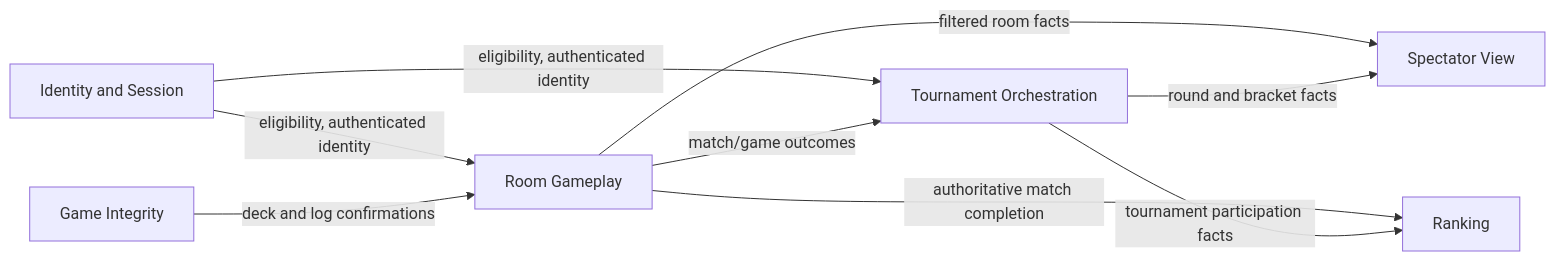
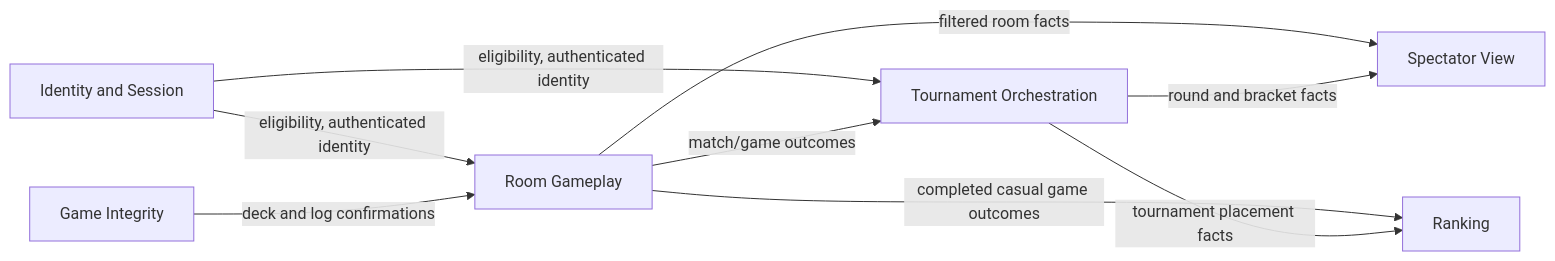
Before and after one commit to FSendot/uno-arena: the diagram in docs/02-bounded-contexts-and-context-map.md, drawn with Mermaid. The commit also changed other lines of this file and 8 other files, not shown here.

````diff
--- a/docs/02-bounded-contexts-and-context-map.md
+++ b/docs/02-bounded-contexts-and-context-map.md
@@ -99,18 +100,18 @@
 ```mermaid
 flowchart LR
     IS["Identity and Session"]
     RG["Room Gameplay"]
     GI["Game Integrity"]
     TO["Tournament Orchestration"]
     RK["Ranking"]
     SV["Spectator View"]
 
     IS -->|eligibility, authenticated identity| RG
     IS -->|eligibility, authenticated identity| TO
     GI -->|deck and log confirmations| RG
     RG -->|match/game outcomes| TO
-    RG -->|authoritative match completion| RK
+    RG -->|completed casual game outcomes| RK
     RG -->|filtered room facts| SV
     TO -->|round and bracket facts| SV
-    TO -->|tournament participation facts| RK
+    TO -->|tournament placement facts| RK
 ```
````
